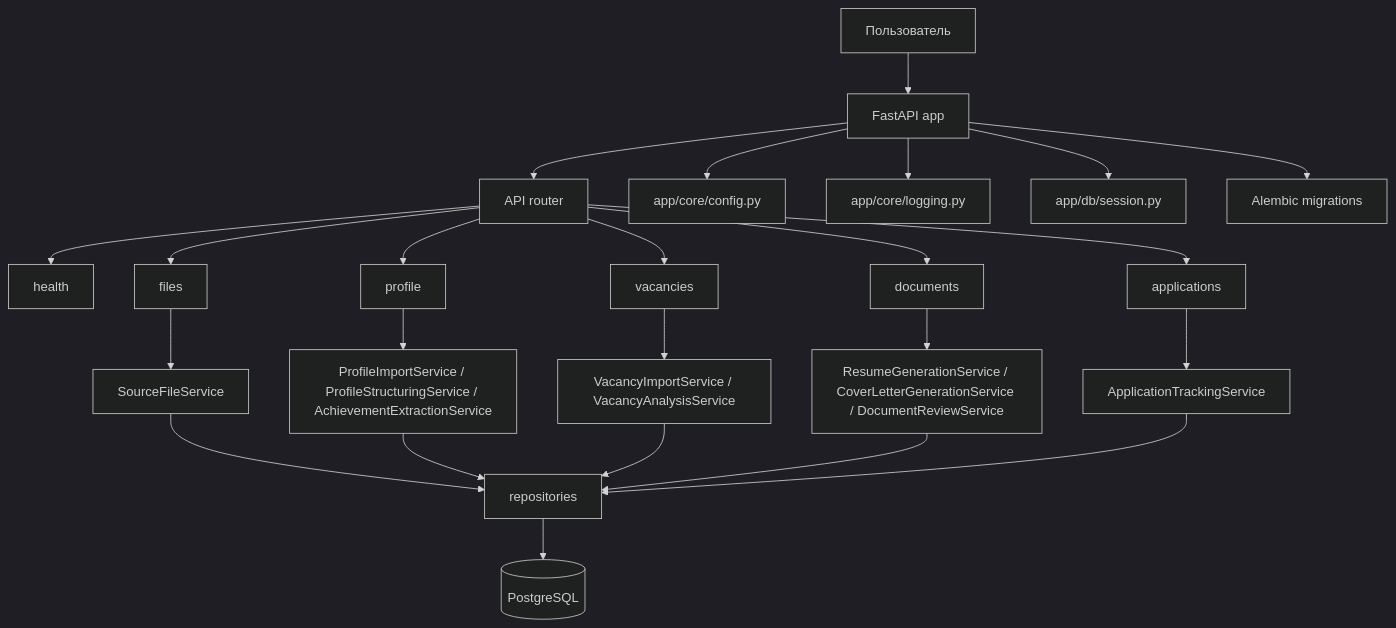
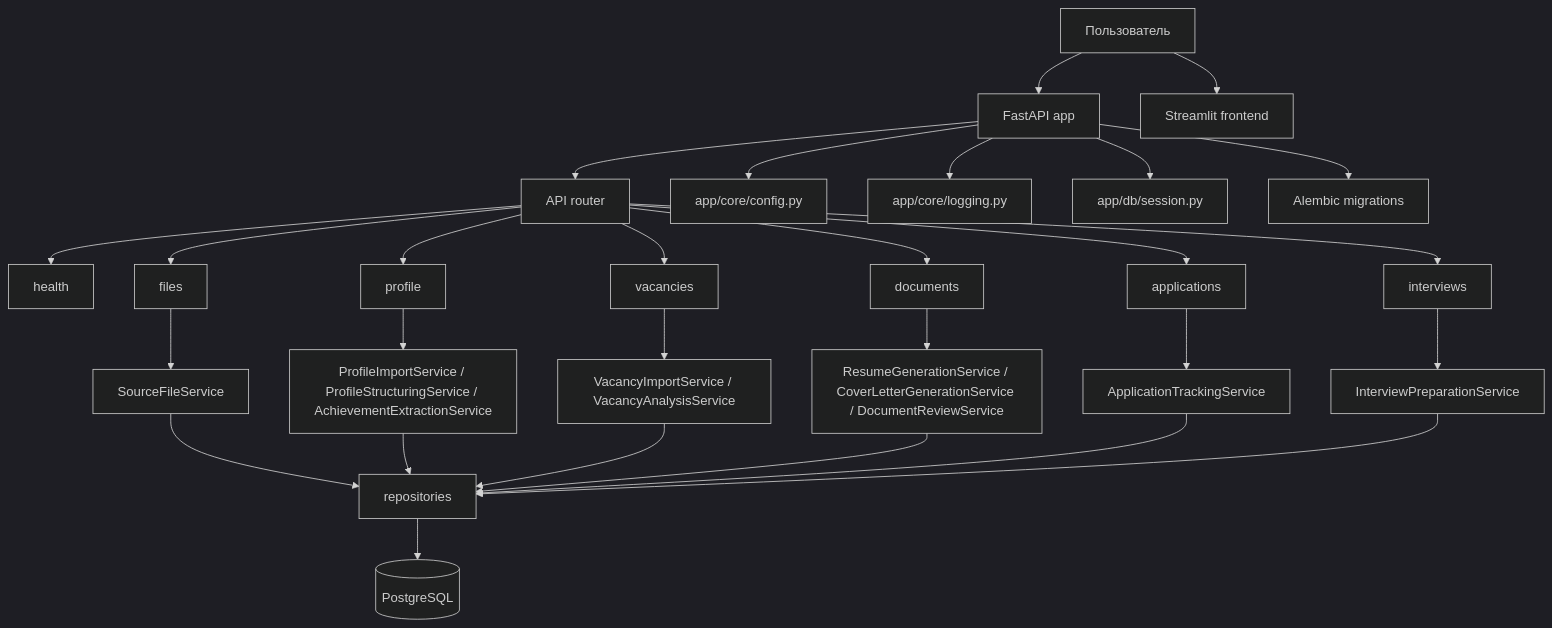
One commit to Alexsey111/career-copilot changed the diagram in docs/project-structure.md. Above: the diagram before and after it, drawn with Mermaid (dark theme). The commit also changed other lines of this file, not shown here.

````diff
--- a/docs/project-structure.md
+++ b/docs/project-structure.md
@@ -7,29 +7,33 @@
 ```mermaid
 flowchart TD
     U[Пользователь] --> API[FastAPI app]
+    U --> FE[Streamlit frontend]
     API --> RT[API router]
     RT --> R1[health]
     RT --> R2[files]
     RT --> R3[profile]
     RT --> R4[vacancies]
     RT --> R5[documents]
     RT --> R6[applications]
+    RT --> R7[interviews]
 
     R2 --> S1[SourceFileService]
     R3 --> S2[ProfileImportService / ProfileStructuringService / AchievementExtractionService]
     R4 --> S3[VacancyImportService / VacancyAnalysisService]
     R5 --> S4[ResumeGenerationService / CoverLetterGenerationService / DocumentReviewService]
     R6 --> S5[ApplicationTrackingService]
+    R7 --> S6[InterviewPreparationService]
 
     S1 --> REP[repositories]
     S2 --> REP
     S3 --> REP
     S4 --> REP
     S5 --> REP
+    S6 --> REP
     REP --> DB[(PostgreSQL)]
 
     API --> CFG[app/core/config.py]
     API --> LOG[app/core/logging.py]
     API --> DBS[app/db/session.py]
     API --> ALEMBIC[Alembic migrations]
 ```
````
